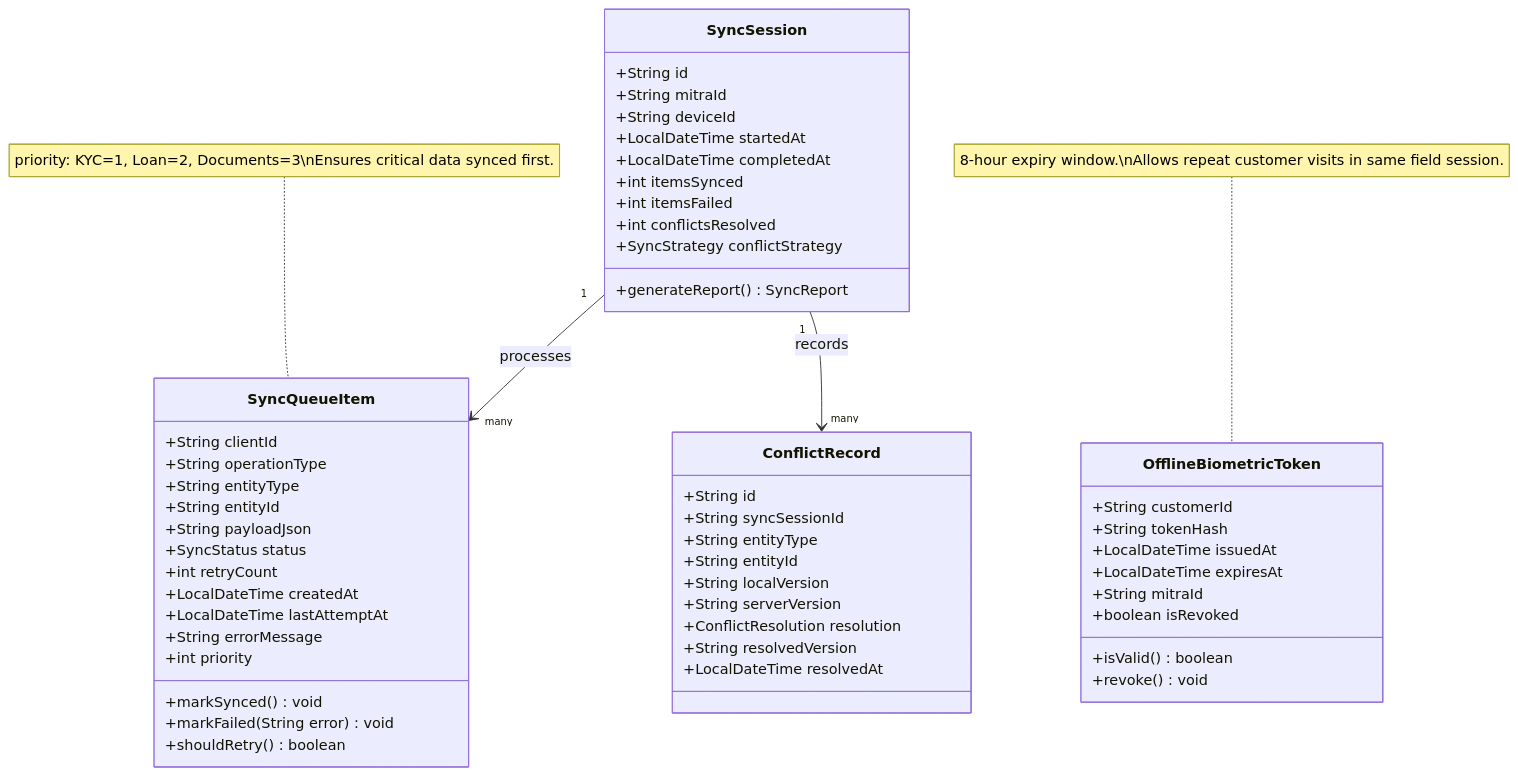
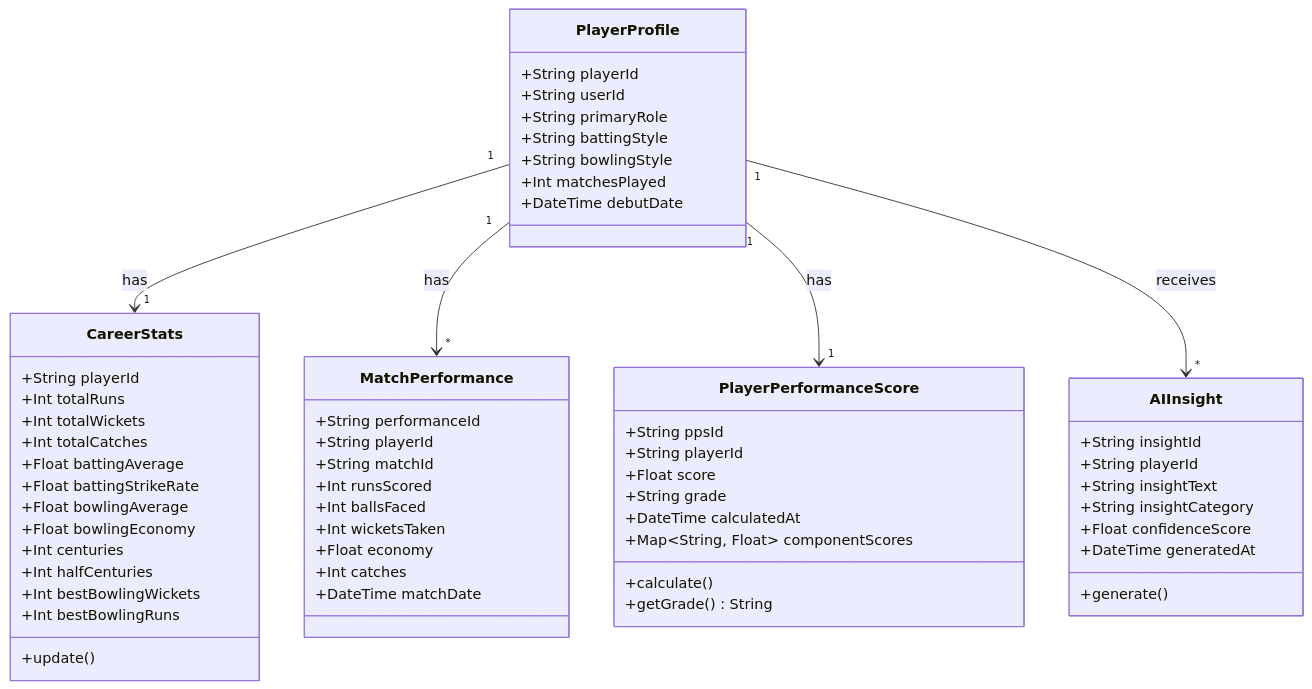
Before and after one commit to adityasinghz/kata: the fourth of 5 diagrams in CLASS_DIAGRAM.md, drawn with Mermaid. The commit also changed other lines of this file and 25 other files, not shown here.

````diff
--- a/CLASS_DIAGRAM.md
+++ b/CLASS_DIAGRAM.md
@@ -210,61 +281,66 @@
 ```mermaid
 classDiagram
-    class SyncQueueItem {
-        +String clientId
-        +String operationType
-        +String entityType
-        +String entityId
-        +String payloadJson
-        +SyncStatus status
-        +int retryCount
-        +LocalDateTime createdAt
-        +LocalDateTime lastAttemptAt
-        +String errorMessage
-        +int priority
-        +markSynced() void
-        +markFailed(String error) void
-        +shouldRetry() boolean
+    class PlayerProfile {
+        +String playerId
+        +String userId
+        +String primaryRole
+        +String battingStyle
+        +String bowlingStyle
+        +Int matchesPlayed
+        +DateTime debutDate
     }
 
-    class SyncSession {
-        +String id
-        +String mitraId
-        +String deviceId
-        +LocalDateTime startedAt
-        +LocalDateTime completedAt
-        +int itemsSynced
-        +int itemsFailed
-        +int conflictsResolved
-        +SyncStrategy conflictStrategy
-        +generateReport() SyncReport
+    class CareerStats {
+        +String playerId
+        +Int totalRuns
+        +Int totalWickets
+        +Int totalCatches
+        +Float battingAverage
+        +Float battingStrikeRate
+        +Float bowlingAverage
+        +Float bowlingEconomy
+        +Int centuries
+        +Int halfCenturies
+        +Int bestBowlingWickets
+        +Int bestBowlingRuns
+        +update()
     }
 
-    class ConflictRecord {
-        +String id
-        +String syncSessionId
-        +String entityType
-        +String entityId
-        +String localVersion
-        +String serverVersion
-        +ConflictResolution resolution
-        +String resolvedVersion
-        +LocalDateTime resolvedAt
+    class MatchPerformance {
+        +String performanceId
+        +String playerId
+        +String matchId
+        +Int runsScored
+        +Int ballsFaced
+        +Int wicketsTaken
+        +Float economy
+        +Int catches
+        +DateTime matchDate
     }
 
-    class OfflineBiometricToken {
-        +String customerId
-        +String tokenHash
-        +LocalDateTime issuedAt
-        +LocalDateTime expiresAt
-        +String mitraId
-        +boolean isRevoked
-        +isValid() boolean
-        +revoke() void
+    class PlayerPerformanceScore {
+        +String ppsId
+        +String playerId
+        +Float score
+        +String grade
+        +DateTime calculatedAt
+        +Map~String, Float~ componentScores
+        +calculate()
+        +getGrade() String
     }
 
-    SyncSession "1" --> "many" SyncQueueItem : processes
-    SyncSession "1" --> "many" ConflictRecord : records
-    
-    note for SyncQueueItem "priority: KYC=1, Loan=2, Documents=3\nEnsures critical data synced first."
-    note for OfflineBiometricToken "8-hour expiry window.\nAllows repeat customer visits in same field session."
+    class AIInsight {
+        +String insightId
+        +String playerId
+        +String insightText
+        +String insightCategory
+        +Float confidenceScore
+        +DateTime generatedAt
+        +generate()
+    }
+
+    PlayerProfile "1" --> "1" CareerStats : has
+    PlayerProfile "1" --> "*" MatchPerformance : has
+    PlayerProfile "1" --> "1" PlayerPerformanceScore : has
+    PlayerProfile "1" --> "*" AIInsight : receives
 ```
````
